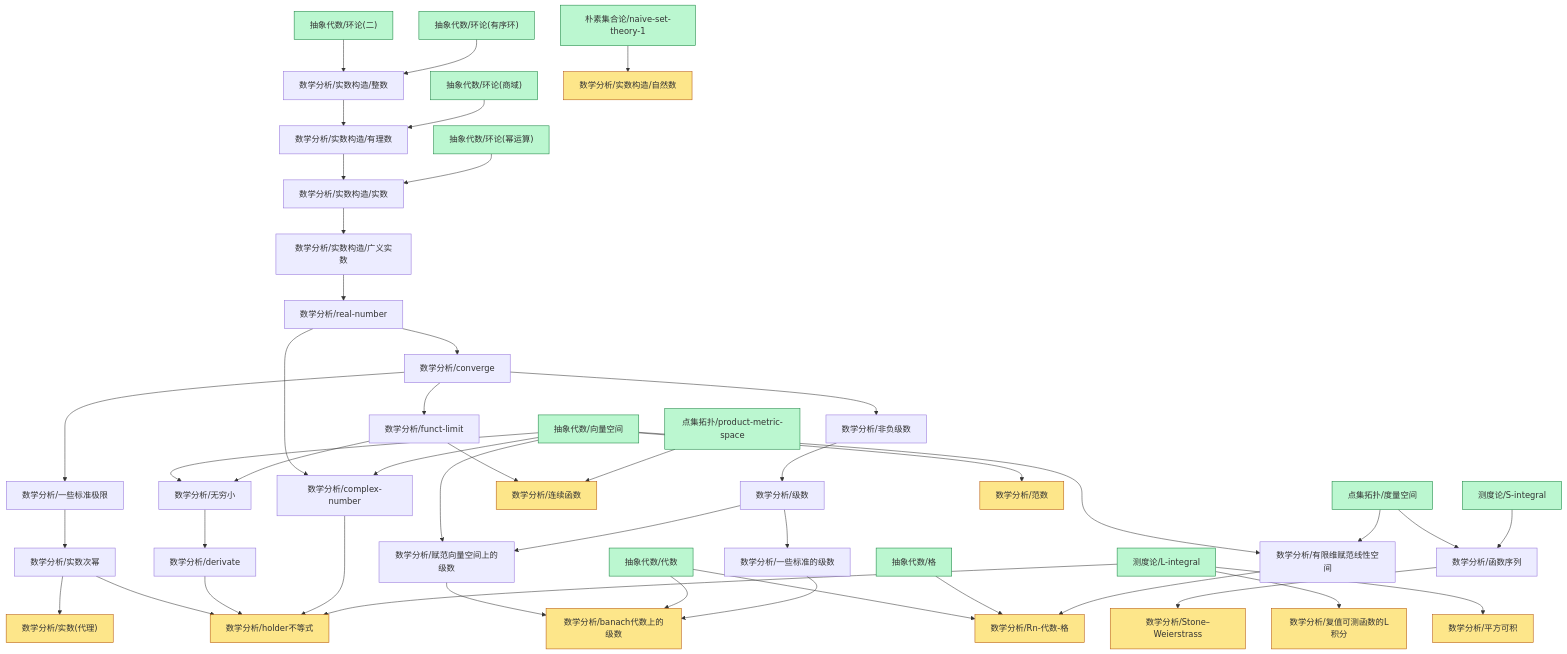
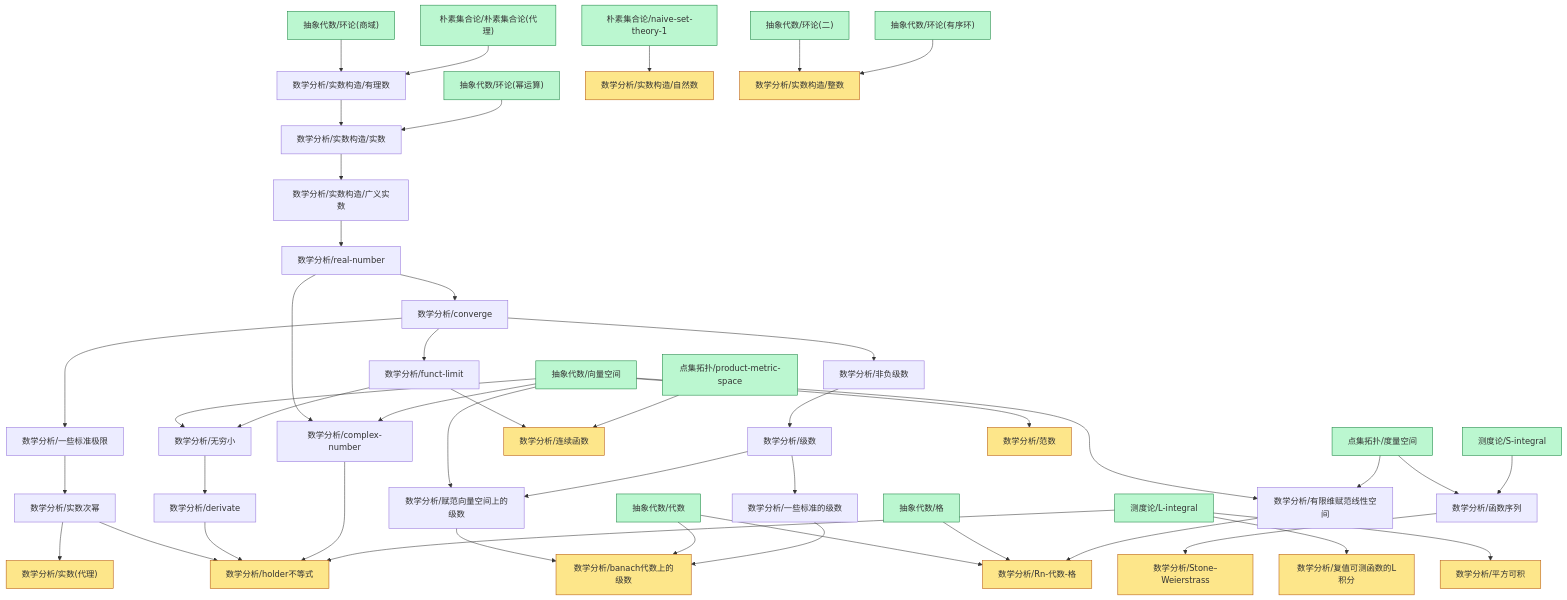
Before and after one commit to zeroDtree/zeroDtree.github.io: the diagram in content/数学分析/dependency_graph.md, drawn with Mermaid. The commit also changed 17 other files, not shown here.

Commit message:
Refactor dependency graphs and update prerequisite links across mathematical documents. Introduced new content on counting principles and naive set theory, while enhancing clarity in logical dependencies and ensuring consistent terminology throughout the mathematical framework.

````diff
--- a/content/数学分析/dependency_graph.md
+++ b/content/数学分析/dependency_graph.md
@@ -1,51 +1,51 @@
 ```mermaid
 graph TD
 1["抽象代数/向量空间"] --> 0["数学分析/有限维赋范线性空间"]
 2["点集拓扑/度量空间"] --> 0["数学分析/有限维赋范线性空间"]
 4["抽象代数/代数"] --> 3["数学分析/Rn-代数-格"]
 5["抽象代数/格"] --> 3["数学分析/Rn-代数-格"]
 0["数学分析/有限维赋范线性空间"] --> 3["数学分析/Rn-代数-格"]
 7["数学分析/非负级数"] --> 6["数学分析/级数"]
 9["数学分析/赋范向量空间上的级数"] --> 8["数学分析/banach代数上的级数"]
 4["抽象代数/代数"] --> 8["数学分析/banach代数上的级数"]
 10["数学分析/一些标准的级数"] --> 8["数学分析/banach代数上的级数"]
 12["数学分析/实数次幂"] --> 11["数学分析/实数(代理)"]
 6["数学分析/级数"] --> 10["数学分析/一些标准的级数"]
 14["数学分析/converge"] --> 13["数学分析/一些标准极限"]
 12["数学分析/实数次幂"] --> 15["数学分析/holder不等式"]
 16["数学分析/derivate"] --> 15["数学分析/holder不等式"]
 17["数学分析/complex-number"] --> 15["数学分析/holder不等式"]
 18["测度论/L-integral"] --> 15["数学分析/holder不等式"]
 20["数学分析/funct-limit"] --> 19["数学分析/连续函数"]
 21["点集拓扑/product-metric-space"] --> 19["数学分析/连续函数"]
 22["数学分析/无穷小"] --> 16["数学分析/derivate"]
 23["数学分析/real-number"] --> 14["数学分析/converge"]
 13["数学分析/一些标准极限"] --> 12["数学分析/实数次幂"]
 14["数学分析/converge"] --> 7["数学分析/非负级数"]
 1["抽象代数/向量空间"] --> 24["数学分析/范数"]
 18["测度论/L-integral"] --> 25["数学分析/复值可测函数的L积分"]
 1["抽象代数/向量空间"] --> 22["数学分析/无穷小"]
 20["数学分析/funct-limit"] --> 22["数学分析/无穷小"]
 1["抽象代数/向量空间"] --> 9["数学分析/赋范向量空间上的级数"]
 6["数学分析/级数"] --> 9["数学分析/赋范向量空间上的级数"]
 14["数学分析/converge"] --> 20["数学分析/funct-limit"]
 23["数学分析/real-number"] --> 17["数学分析/complex-number"]
 1["抽象代数/向量空间"] --> 17["数学分析/complex-number"]
 26["数学分析/实数构造/广义实数"] --> 23["数学分析/real-number"]
 2["点集拓扑/度量空间"] --> 27["数学分析/函数序列"]
 28["测度论/S-integral"] --> 27["数学分析/函数序列"]
 18["测度论/L-integral"] --> 29["数学分析/平方可积"]
 27["数学分析/函数序列"] --> 30["数学分析/Stone–Weierstrass"]
 32["数学分析/实数构造/有理数"] --> 31["数学分析/实数构造/实数"]
 33["抽象代数/环论(幂运算)"] --> 31["数学分析/实数构造/实数"]
-34["数学分析/实数构造/整数"] --> 32["数学分析/实数构造/有理数"]
-35["抽象代数/环论(商域)"] --> 32["数学分析/实数构造/有理数"]
+34["抽象代数/环论(商域)"] --> 32["数学分析/实数构造/有理数"]
+35["朴素集合论/朴素集合论(代理)"] --> 32["数学分析/实数构造/有理数"]
 31["数学分析/实数构造/实数"] --> 26["数学分析/实数构造/广义实数"]
 37["朴素集合论/naive-set-theory-1"] --> 36["数学分析/实数构造/自然数"]
-38["抽象代数/环论(二)"] --> 34["数学分析/实数构造/整数"]
-39["抽象代数/环论(有序环)"] --> 34["数学分析/实数构造/整数"]
+39["抽象代数/环论(二)"] --> 38["数学分析/实数构造/整数"]
+40["抽象代数/环论(有序环)"] --> 38["数学分析/实数构造/整数"]
 classDef leaf fill:#fde68a,stroke:#b45309
-class 3,8,11,15,19,24,25,29,30,36 leaf
+class 3,8,11,15,19,24,25,29,30,36,38 leaf
 classDef foundationRoot fill:#bbf7d0,stroke:#15803d
-class 1,2,4,5,18,21,28,33,35,37,38,39 foundationRoot
+class 1,2,4,5,18,21,28,33,34,35,37,39,40 foundationRoot
 ```
````
